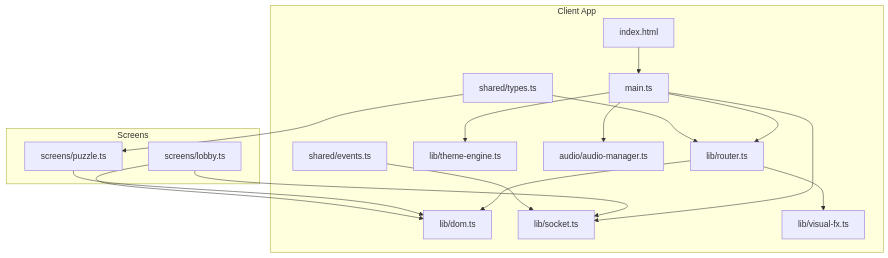
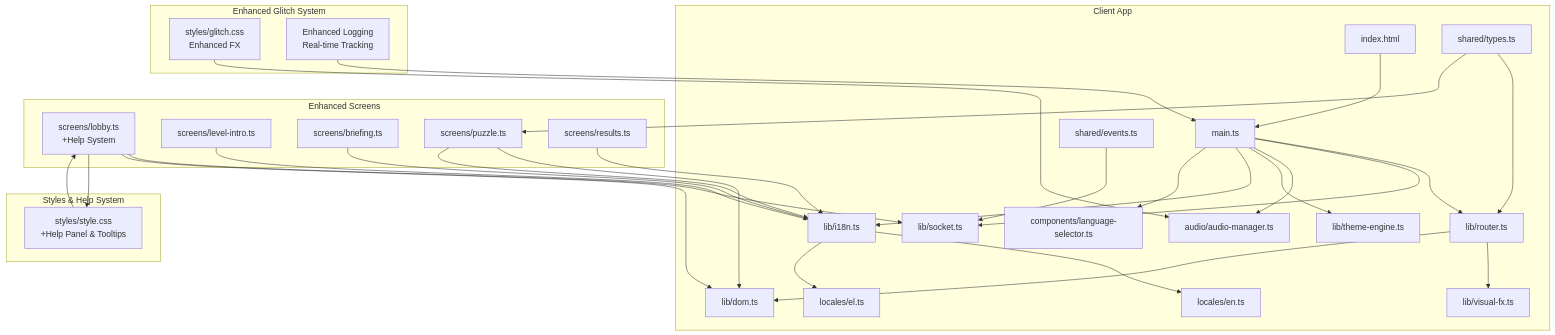
One commit to dkoukoul/escape-room-mvp changed the first of 21 diagrams in .qoder/repowiki/en/content/Client Application/Client Application.md. Above: the diagram before and after it, drawn with Mermaid. The commit also changed other lines of this file and 21 other files, not shown here.

````diff
--- a/.qoder/repowiki/en/content/Client Application/Client Application.md
+++ b/.qoder/repowiki/en/content/Client Application/Client Application.md
@@ -50,32 +71,58 @@
 ```mermaid
 graph TB
 subgraph "Client App"
 HTML["index.html"]
 MAIN["main.ts"]
 ROUTER["lib/router.ts"]
 DOM["lib/dom.ts"]
 SOCKET["lib/socket.ts"]
 THEME["lib/theme-engine.ts"]
 FX["lib/visual-fx.ts"]
 AUDIO["audio/audio-manager.ts"]
+I18N["lib/i18n.ts"]
+LANGSEL["components/language-selector.ts"]
+EN["locales/en.ts"]
+EL["locales/el.ts"]
 SHARED_EVENTS["shared/events.ts"]
 SHARED_TYPES["shared/types.ts"]
 end
-subgraph "Screens"
-LOBBY["screens/lobby.ts"]
+subgraph "Enhanced Screens"
+LOBBY["screens/lobby.ts<br/>+Help System"]
+LEVELINTRO["screens/level-intro.ts"]
+BRIEFING["screens/briefing.ts"]
 PUZZLE["screens/puzzle.ts"]
+RESULTS["screens/results.ts"]
+end
+subgraph "Enhanced Glitch System"
+GLITCH_CSS["styles/glitch.css<br/>Enhanced FX"]
+GLITCH_LOGGER["Enhanced Logging<br/>Real-time Tracking"]
+end
+subgraph "Styles & Help System"
+STYLE["styles/style.css<br/>+Help Panel & Tooltips"]
 end
 HTML --> MAIN
 MAIN --> ROUTER
 MAIN --> SOCKET
 MAIN --> AUDIO
 MAIN --> THEME
+MAIN --> I18N
+MAIN --> LANGSEL
 ROUTER --> FX
 ROUTER --> DOM
 PUZZLE --> DOM
 LOBBY --> SOCKET
 LOBBY --> DOM
+LOBBY --> STYLE
+LEVELINTRO --> I18N
+BRIEFING --> I18N
+PUZZLE --> I18N
+RESULTS --> I18N
+I18N --> EN
+I18N --> EL
 SHARED_EVENTS --> SOCKET
 SHARED_TYPES --> ROUTER
 SHARED_TYPES --> PUZZLE
+STYLE --> LOBBY
+GLITCH_CSS --> AUDIO
+GLITCH_LOGGER --> MAIN
 ```
````
